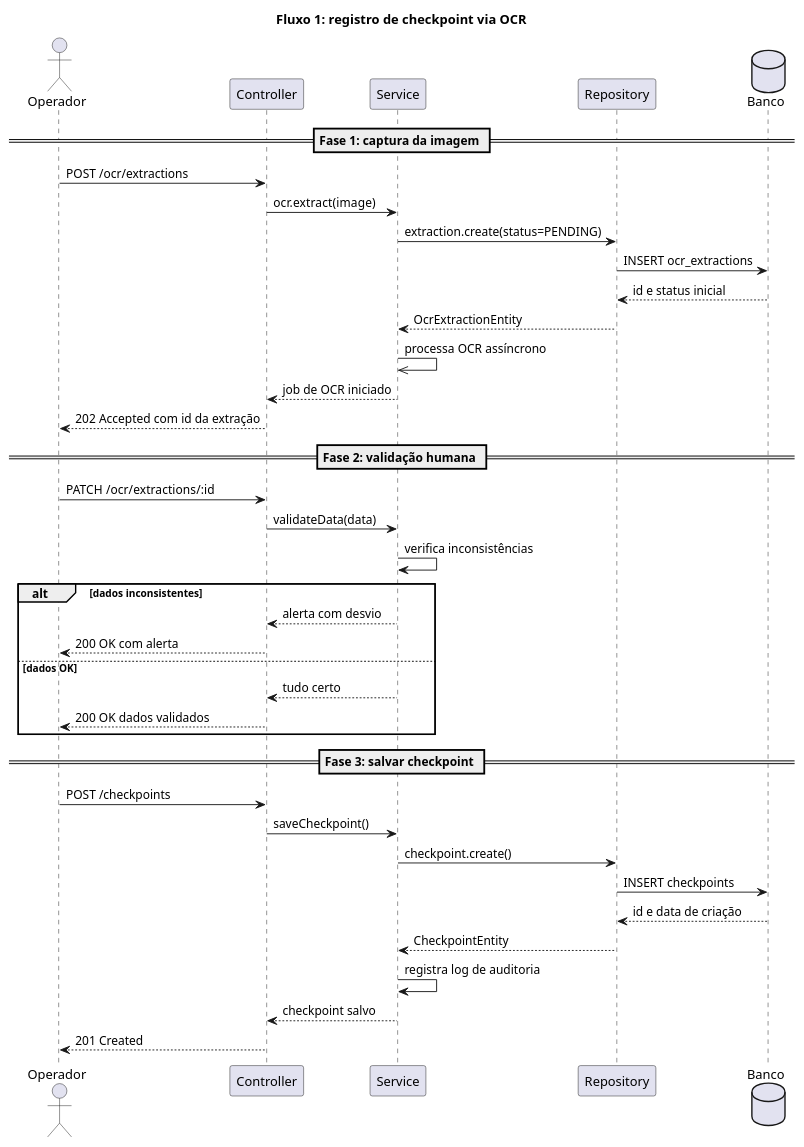
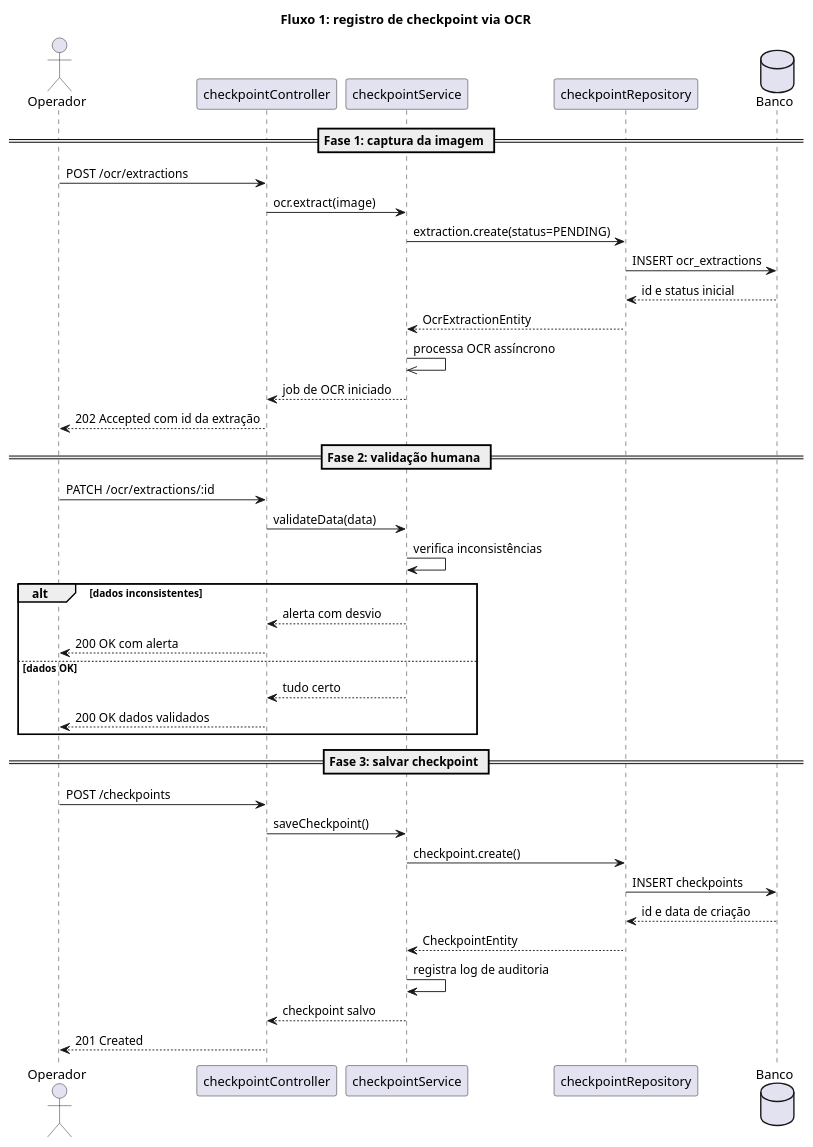
One commit to Julia-Khristina/RedBull changed the first of 4 diagrams in documentos/outros/diagramas-sequencia-puml.md. Above: the diagram before and after it, drawn with PlantUML. The commit also changed other lines of this file, not shown here.

First line of the commit message:
docs(wad): adiciona Fluxos 3 e 4 ao arquivo de diagramas PlantUML

````diff
--- a/documentos/outros/diagramas-sequencia-puml.md
+++ b/documentos/outros/diagramas-sequencia-puml.md
@@ -9,51 +9,51 @@
 ```puml
 @startuml
 
 title Fluxo 1: registro de checkpoint via OCR
 
 actor Operador
-participant Controller
-participant Service
-participant Repository
+participant checkpointController
+participant checkpointService
+participant checkpointRepository
 database Banco
 
 == Fase 1: captura da imagem ==
 
-Operador -> Controller : POST /ocr/extractions
-Controller -> Service : ocr.extract(image)
-Service -> Repository : extraction.create(status=PENDING)
-Repository -> Banco : INSERT ocr_extractions
-Banco --> Repository : id e status inicial
-Repository --> Service : OcrExtractionEntity
-Service ->> Service : processa OCR assíncrono
-Service --> Controller : job de OCR iniciado
-Controller --> Operador : 202 Accepted com id da extração
+Operador -> checkpointController : POST /ocr/extractions
+checkpointController -> checkpointService : ocr.extract(image)
+checkpointService -> checkpointRepository : extraction.create(status=PENDING)
+checkpointRepository -> Banco : INSERT ocr_extractions
+Banco --> checkpointRepository : id e status inicial
+checkpointRepository --> checkpointService : OcrExtractionEntity
+checkpointService ->> checkpointService : processa OCR assíncrono
+checkpointService --> checkpointController : job de OCR iniciado
+checkpointController --> Operador : 202 Accepted com id da extração
 
 == Fase 2: validação humana ==
 
-Operador -> Controller : PATCH /ocr/extractions/:id
-Controller -> Service : validateData(data)
-Service -> Service : verifica inconsistências
+Operador -> checkpointController : PATCH /ocr/extractions/:id
+checkpointController -> checkpointService : validateData(data)
+checkpointService -> checkpointService : verifica inconsistências
 
 alt dados inconsistentes
-  Service --> Controller : alerta com desvio
-  Controller --> Operador : 200 OK com alerta
+checkpointService --> checkpointController : alerta com desvio
+checkpointController --> Operador : 200 OK com alerta
 else dados OK
-  Service --> Controller : tudo certo
-  Controller --> Operador : 200 OK dados validados
+checkpointService --> checkpointController : tudo certo
+checkpointController --> Operador : 200 OK dados validados
 end
 
 == Fase 3: salvar checkpoint ==
 
-Operador -> Controller : POST /checkpoints
-Controller -> Service : saveCheckpoint()
-Service -> Repository : checkpoint.create()
-Repository -> Banco : INSERT checkpoints
-Banco --> Repository : id e data de criação
-Repository --> Service : CheckpointEntity
-Service -> Service : registra log de auditoria
-Service --> Controller : checkpoint salvo
-Controller --> Operador : 201 Created
+Operador -> checkpointController : POST /checkpoints
+checkpointController -> checkpointService : saveCheckpoint()
+checkpointService -> checkpointRepository : checkpoint.create()
+checkpointRepository -> Banco : INSERT checkpoints
+Banco --> checkpointRepository : id e data de criação
+checkpointRepository --> checkpointService : CheckpointEntity
+checkpointService -> checkpointService : registra log de auditoria
+checkpointService --> checkpointController : checkpoint salvo
+checkpointController --> Operador : 201 Created
 
 @enduml
 ```
````
